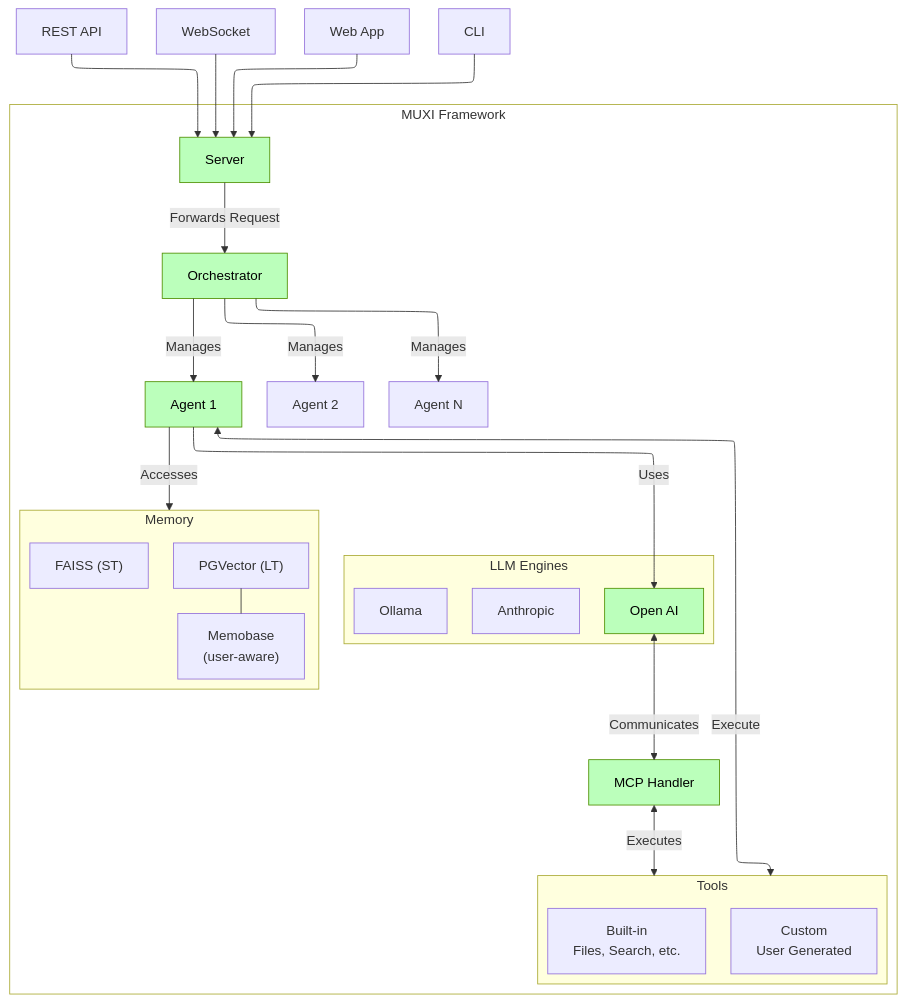
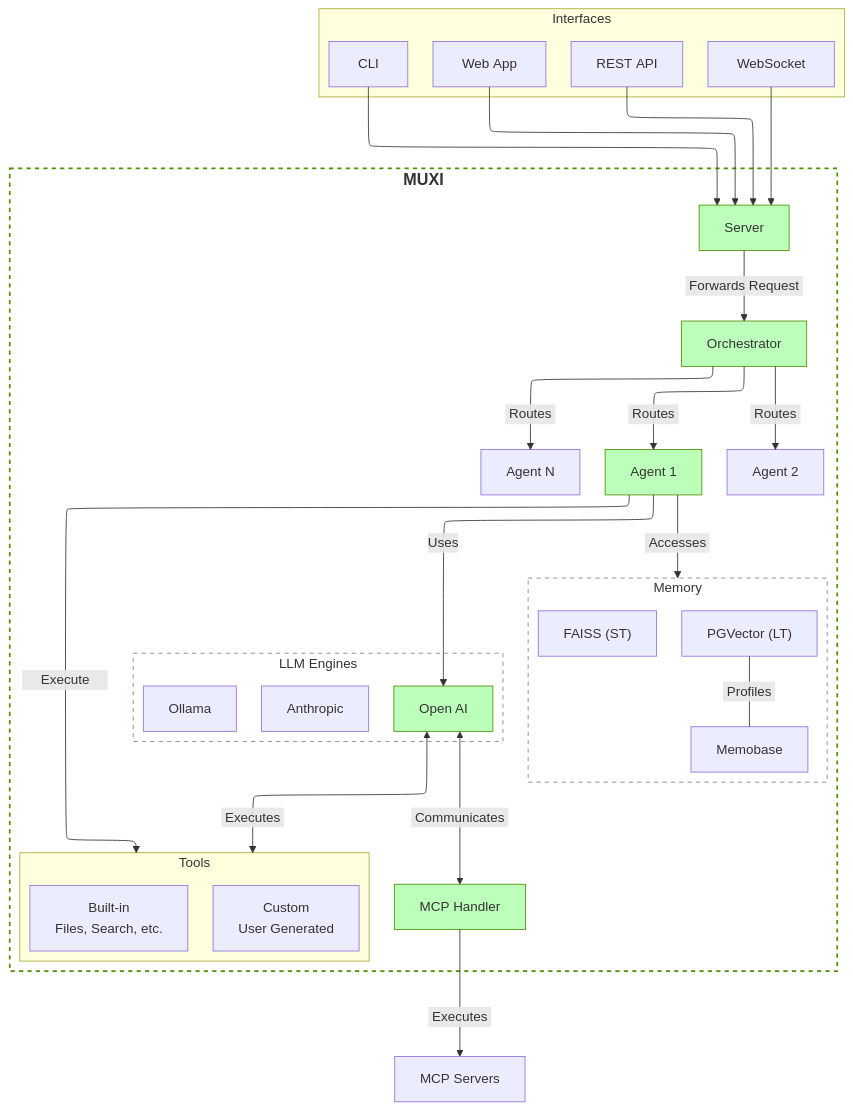
One commit to ranaroussi/muxi changed the diagram in docs/architecture.md. Above: the diagram before and after it, drawn with Mermaid. The commit also changed 5 other files, not shown here.

````diff
--- a/docs/architecture.md
+++ b/docs/architecture.md
@@ -15,46 +15,58 @@
 ```mermaid
 %%{init: {"theme":"light", "flowchart": {"defaultRenderer": "elk"}} }%%
 flowchart TB
+    subgraph Interfaces["Interfaces"]
+        REST["REST&nbsp;API"]
+        WS["&nbsp;WebSocket&nbsp;"]
+        APP["&nbsp;Web&nbsp;App&nbsp;"]
+        CLI["&nbsp;CLI&nbsp;"]
+    end
     subgraph MS["Memory"]
-        Buffer["FAISS (ST)"]
-        PGSQL["PGVector (LT)"]
-        MBASE["Memobase<br>(user-aware)"]
+        Buffer["FAISS&nbsp;(ST)"]
+        PGSQL["PGVector&nbsp;(LT)"]
+        MBASE["Memobase"]
     end
     subgraph LE["LLM Engines"]
         LLM["Open AI"]
-        Anthropic["Anthropic"]
+        Grok["Anthropic"]
         Ollama["Ollama"]
     end
     subgraph Tools["Tools"]
-        BuiltIn["Built-in<br>Files, Search, etc."]
-        Custom["Custom<br>User Generated"]
+        BuiltIn["Built-in<br>Files,&nbsp;Search,&nbsp;etc."]
+        Custom["Custom<br>User&nbsp;Generated"]
     end
-    subgraph AIA["MUXI Framework"]
+    subgraph MUXI["<b><big>MUXI</big></b>"]
         Server["Server"]
         Orchestrator["Orchestrator"]
-        Agent["Agent 1"]
-        Agent2["Agent N"]
-        AgentN["Agent 2"]
-        MCP["MCP Handler"]
+        Agent["Agent&nbsp;1"]
+        Agent2["Agent&nbsp;N"]
+        AgentN["Agent&nbsp;2"]
+        MCP["MCP&nbsp;Handler"]
         MS
         LE
         Tools
     end
-    REST["REST API"] --> Server
-    WS["WebSocket"] --> Server
-    APP["Web App"] --> Server
-    CLI["CLI"] --> Server
-    Server -- Forwards Request --> Orchestrator
-    Orchestrator -- Manages --> Agent & Agent2 & AgentN
+    REST --> Server
+    WS --> Server
+    APP --> Server
+    CLI --> Server
+    Server -- &nbsp;Forwards Request&nbsp; --> Orchestrator
+    Orchestrator -- &nbsp;Routes&nbsp; --> Agent & Agent2 & AgentN
     Agent -- Uses --> LLM
-    Agent <-- Execute --> Tools
-    Agent -- Accesses --> MS
-    LLM <-- Communicates --> MCP
-    MCP <-- Executes --> Tools
-    PGSQL --- MBASE
+    Agent -- &nbsp; &nbsp; &nbsp;Execute&nbsp; &nbsp; &nbsp; --> Tools
+    Agent -- &nbsp;Accesses&nbsp; --> MS
+    LLM <-- &nbsp;Communicates&nbsp; --> MCP
+    LLM <-- &nbsp;Executes&nbsp; --> Tools
+    MCP -- &nbsp;Executes&nbsp; --> MCP2[MCP&nbsp;Servers]
+    PGSQL -- &nbsp;Profiles&nbsp; --- MBASE
 
-    classDef green fill:#bfb,stroke:#4f8f00,color:#000
-    class LLM,Server,Orchestrator,Agent,MCP green
-    classDef transparent fill:transparent
-    class AIA transparent
+    %% style APP fill:#ff6602,color:#fff,stroke:#e0085f
+    style LLM fill:#bfb,stroke:#4f8f00
+    style Server fill:#bfb,stroke:#4f8f00
+    style Orchestrator fill:#bfb,stroke:#4f8f00
+    style Agent fill:#bfb,stroke:#4f8f00
+    style MCP fill:#bfb,stroke:#4f8f00
+    style MUXI fill:#fff,stroke:#4f8f00,stroke-width:2px,stroke-dasharray:5
+    style MS fill:#fff,stroke:#808080,stroke-dasharray:5
+    style LE fill:#fff,stroke:#808080,stroke-dasharray:5
 ```
````
